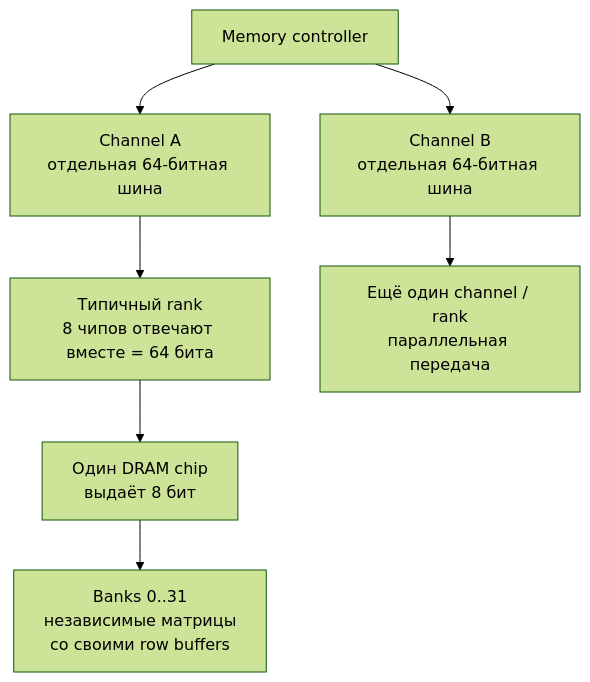
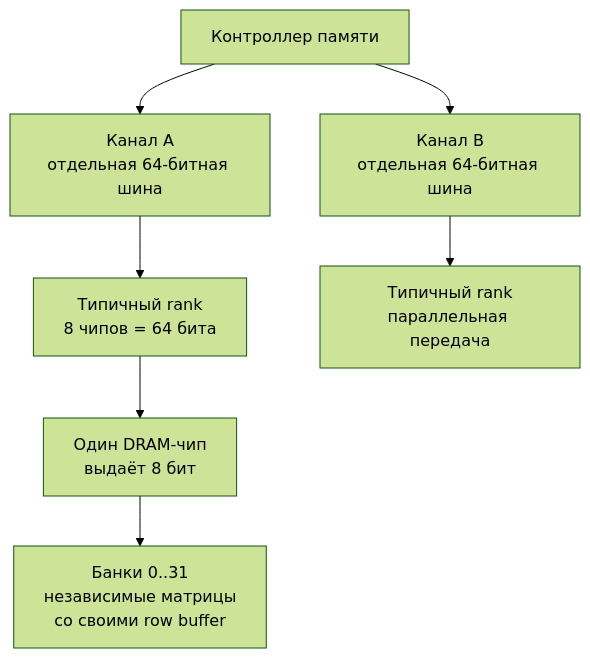
One commit to AlexeyMatskevich/cs-notes changed the second of 3 diagrams in computer/data-path/02-ram.md. Above: the diagram before and after it, drawn with Mermaid (forest theme). The commit also changed other lines of this file, not shown here.

````diff
--- a/computer/data-path/02-ram.md
+++ b/computer/data-path/02-ram.md
@@ -193,9 +184,9 @@
 ```mermaid
 flowchart TB
-    MC["Memory controller"] --> CHA["Channel A<br/>отдельная 64-битная шина"]
-    MC --> CHB["Channel B<br/>отдельная 64-битная шина"]
-    CHA --> RA["Типичный rank<br/>8 чипов отвечают вместе = 64 бита"]
-    CHB --> RB["Ещё один channel / rank<br/>параллельная передача"]
-    RA --> CHIP["Один DRAM chip<br/>выдаёт 8 бит"]
-    CHIP --> BANKS["Banks 0..31<br/>независимые матрицы<br/>со своими row buffers"]
+    MC["Контроллер памяти"] --> CHA["Канал A<br/>отдельная 64-битная шина"]
+    MC --> CHB["Канал B<br/>отдельная 64-битная шина"]
+    CHA --> RA["Типичный rank<br/>8 чипов = 64 бита"]
+    CHB --> RB["Типичный rank<br/>параллельная передача"]
+    RA --> CHIP["Один DRAM-чип<br/>выдаёт 8 бит"]
+    CHIP --> BANKS["Банки 0..31<br/>независимые матрицы<br/>со своими row buffer"]
 ```
````
